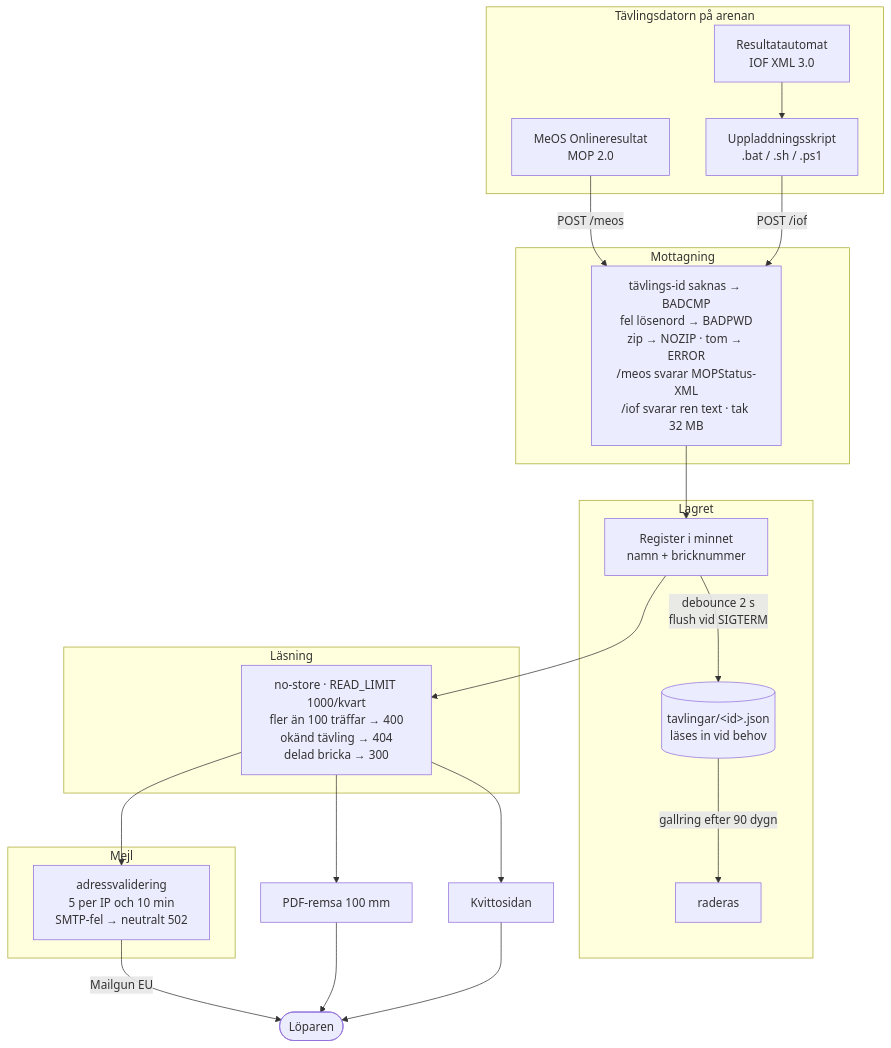
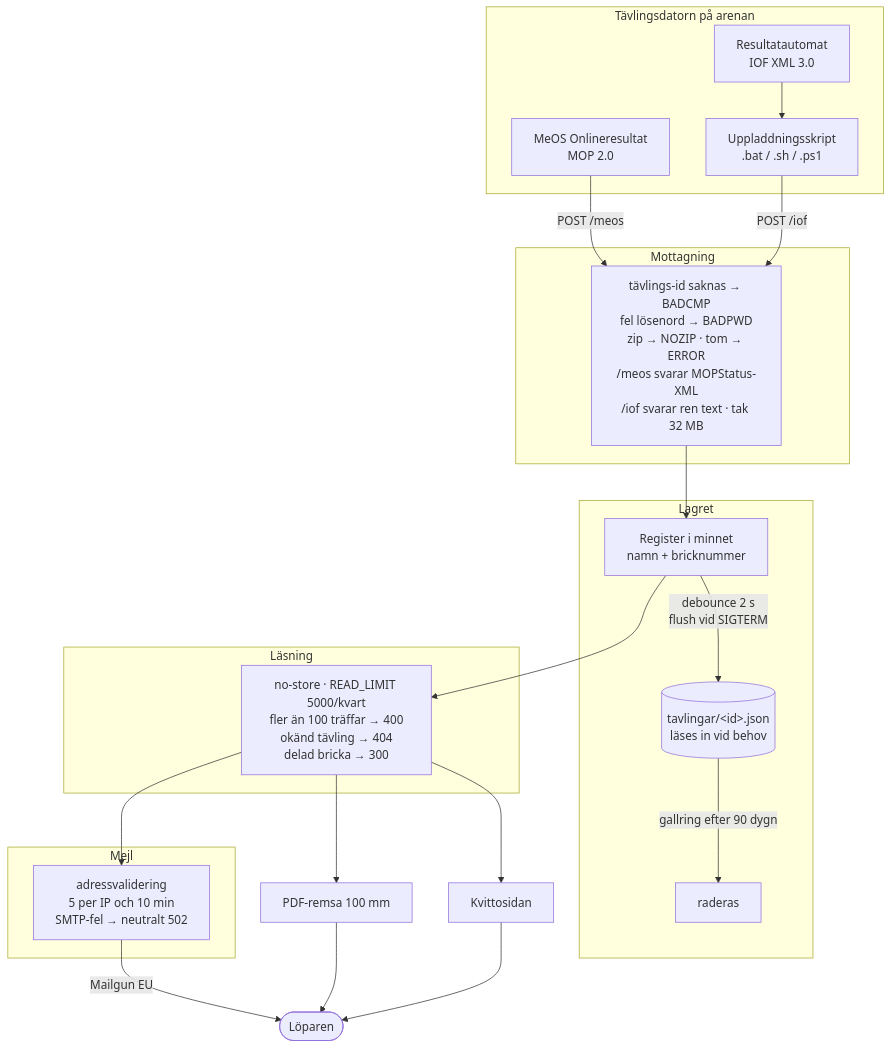
Before and after one commit to mattias242/meos-receipt: the first of 3 diagrams in docs/systemritning.md, drawn with Mermaid. The commit also changed other lines of this file and 8 other files, not shown here.

````diff
--- a/docs/systemritning.md
+++ b/docs/systemritning.md
@@ -12,43 +12,43 @@
 ```mermaid
 flowchart TB
   subgraph DATOR["Tävlingsdatorn på arenan"]
     MEOS["MeOS Onlineresultat<br/>MOP 2.0"]
     AUTO["Resultatautomat<br/>IOF XML 3.0"]
     SKRIPT["Uppladdningsskript<br/>.bat / .sh / .ps1"]
   end
 
   AUTO --> SKRIPT
   MEOS -->|"POST /meos"| G1
   SKRIPT -->|"POST /iof"| G1
 
   subgraph MOTTAG["Mottagning"]
     G1["tävlings-id saknas → BADCMP<br/>fel lösenord → BADPWD<br/>zip → NOZIP · tom → ERROR<br/>/meos svarar MOPStatus-XML<br/>/iof svarar ren text · tak 32 MB"]
   end
 
   G1 --> STORE
 
   subgraph LAGER["Lagret"]
     STORE["Register i minnet<br/>namn + bricknummer"]
     DISK[("tavlingar/&lt;id&gt;.json<br/>läses in vid behov")]
     STORE -->|"debounce 2 s<br/>flush vid SIGTERM"| DISK
     DISK -->|"gallring efter 90 dygn"| BORT["raderas"]
   end
 
   STORE --> G2
 
   subgraph LAS["Läsning"]
-    G2["no-store · READ_LIMIT 1000/kvart<br/>fler än 100 träffar → 400<br/>okänd tävling → 404<br/>delad bricka → 300"]
+    G2["no-store · READ_LIMIT 5000/kvart<br/>fler än 100 träffar → 400<br/>okänd tävling → 404<br/>delad bricka → 300"]
   end
 
   G2 --> SIDA["Kvittosidan"]
   G2 --> PDF["PDF-remsa 100 mm"]
   G2 --> MEJL
 
   subgraph UTSKICK["Mejl"]
     MEJL["adressvalidering<br/>5 per IP och 10 min<br/>SMTP-fel → neutralt 502"]
   end
 
   SIDA --> LOPARE(["Löparen"])
   PDF --> LOPARE
   MEJL -->|"Mailgun EU"| LOPARE
 ```
````
